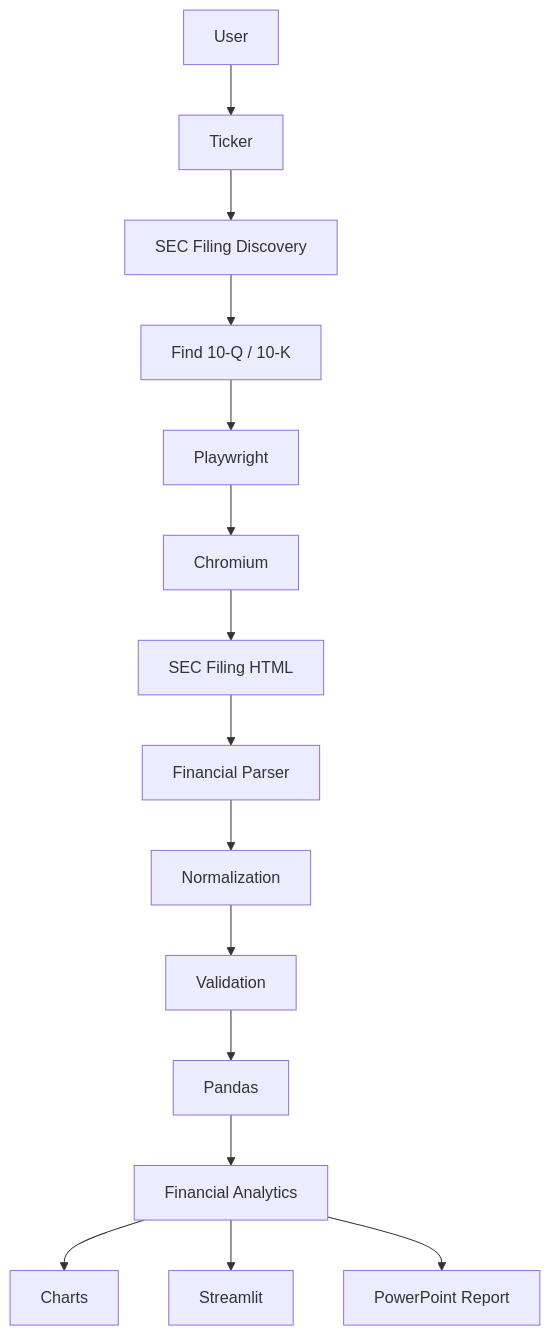
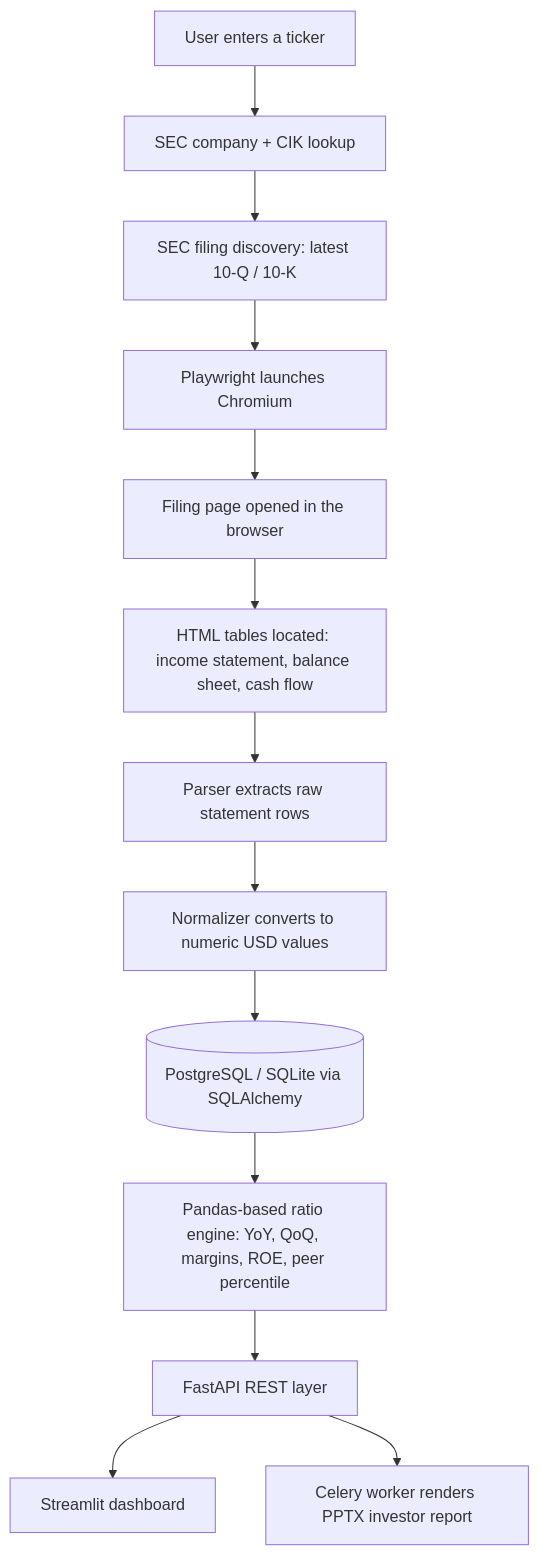
Before and after one commit to navya-sinha-dot/Financial-Research-Automation: the diagram in README.md, drawn with Mermaid. The commit also changed other lines of this file and 79 other files, not shown here.

````diff
--- a/README.md
+++ b/README.md
@@ -18,17 +17,15 @@
 ```mermaid
 flowchart TD
-    A[User] --> B[Ticker]
-    B --> C[SEC Filing Discovery]
-    C --> D[Find 10-Q / 10-K]
-    D --> E[Playwright]
-    E --> F[Chromium]
-    F --> G[SEC Filing HTML]
-    G --> H[Financial Parser]
-    H --> I[Normalization]
-    I --> J[Validation]
-    J --> K[Pandas]
-    K --> L[Financial Analytics]
-    L --> M[Charts]
-    L --> N[Streamlit]
-    L --> O[PowerPoint Report]
+    A[User enters a ticker] --> B[SEC company + CIK lookup]
+    B --> C[SEC filing discovery: latest 10-Q / 10-K]
+    C --> D[Playwright launches Chromium]
+    D --> E[Filing page opened in the browser]
+    E --> F[HTML tables located: income statement, balance sheet, cash flow]
+    F --> G[Parser extracts raw statement rows]
+    G --> H[Normalizer converts to numeric USD values]
+    H --> I[(PostgreSQL / SQLite via SQLAlchemy)]
+    I --> J[Pandas-based ratio engine: YoY, QoQ, margins, ROE, peer percentile]
+    J --> K[FastAPI REST layer]
+    K --> L[Streamlit dashboard]
+    K --> M[Celery worker renders PPTX investor report]
 ```
````
